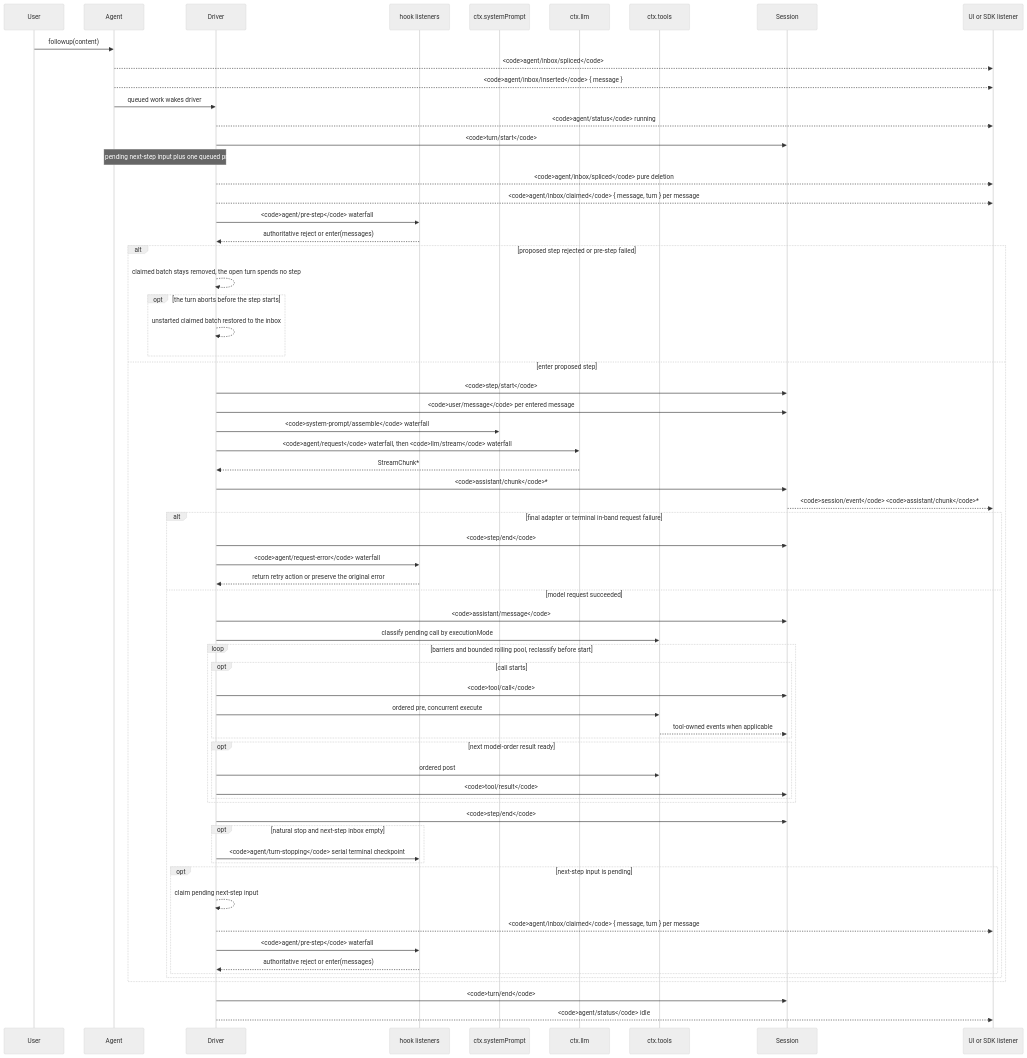
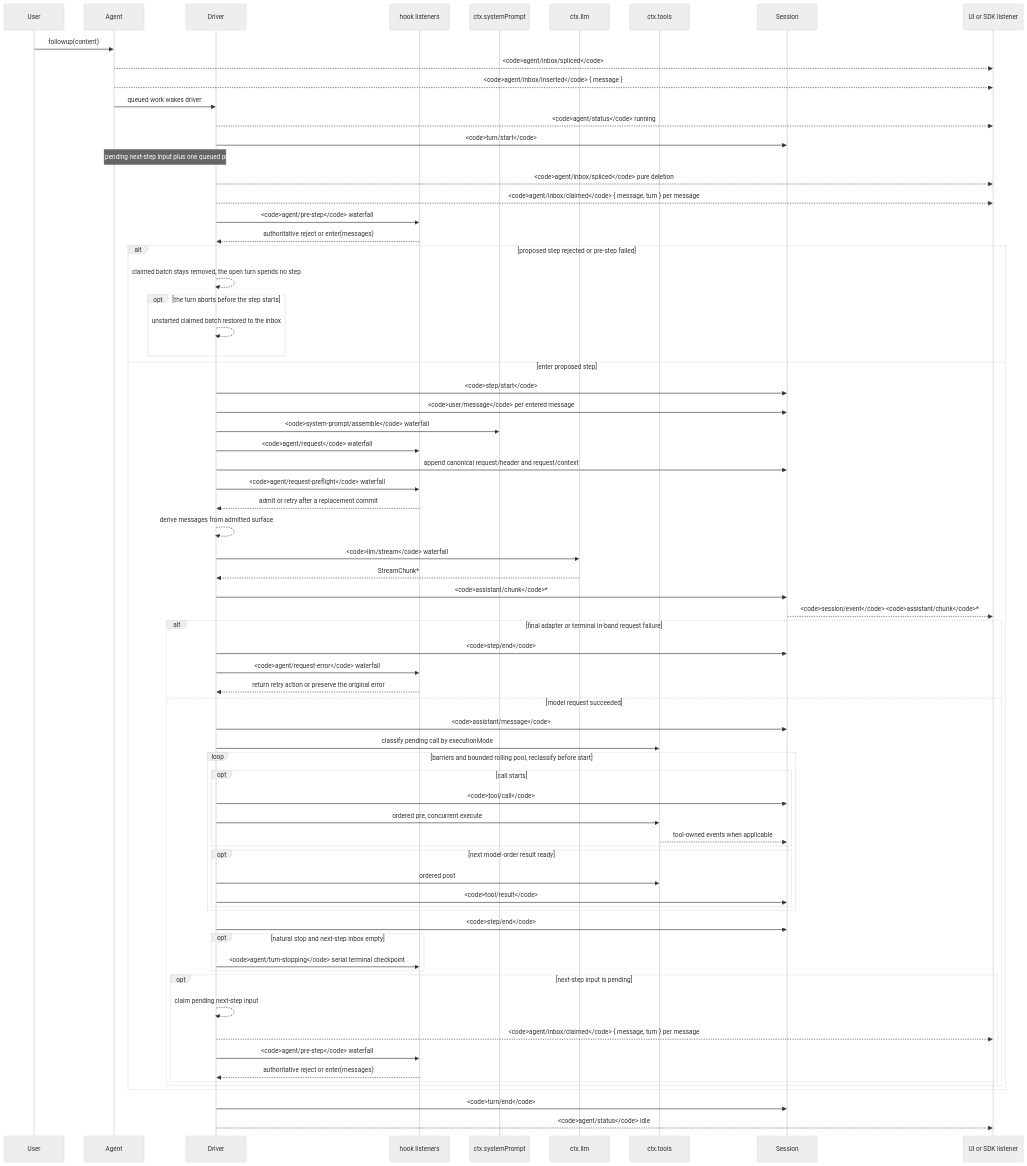
The diagram in docs/agent-lifecycle.md (Abaddollyon/deepseek-harness), drawn with Mermaid (neutral theme) before and after one commit. The commit also changed other lines of this file and 35 other files, not shown here.

Commit message:
docs(compaction): record canonical preflight admission

````diff
--- a/docs/agent-lifecycle.md
+++ b/docs/agent-lifecycle.md
@@ -8,68 +8,73 @@
 ```mermaid
 sequenceDiagram
   participant User
   participant Agent
   participant Driver
   participant Hooks as hook listeners
   participant Prompt as ctx.systemPrompt
   participant LLM as ctx.llm
   participant Tools as ctx.tools
   participant Session
   participant SDK as UI or SDK listener
   User->>Agent: followup(content)
   Agent-->>SDK: <code>agent/inbox/spliced</code>
   Agent-->>SDK: <code>agent/inbox/inserted</code> { message }
   Agent->>Driver: queued work wakes driver
   Driver-->>SDK: <code>agent/status</code> running
   Driver->>Session: <code>turn/start</code>
   Note over Agent,Driver: claim pending next-step input plus one queued prompt
   Driver-->>SDK: <code>agent/inbox/spliced</code> pure deletion
   Driver-->>SDK: <code>agent/inbox/claimed</code> { message, turn } per message
   Driver->>Hooks: <code>agent/pre-step</code> waterfall
   Hooks-->>Driver: authoritative reject or enter(messages)
   alt proposed step rejected or pre-step failed
     Driver-->>Driver: claimed batch stays removed, the open turn spends no step
     opt the turn aborts before the step starts
       Driver-->>Driver: unstarted claimed batch restored to the inbox
     end
   else enter proposed step
   Driver->>Session: <code>step/start</code>
   Driver->>Session: <code>user/message</code> per entered message
   Driver->>Prompt: <code>system-prompt/assemble</code> waterfall
-  Driver->>LLM: <code>agent/request</code> waterfall, then <code>llm/stream</code> waterfall
+  Driver->>Hooks: <code>agent/request</code> waterfall
+  Driver->>Session: append canonical request/header and request/context
+  Driver->>Hooks: <code>agent/request-preflight</code> waterfall
+  Hooks-->>Driver: admit or retry after a replacement commit
+  Driver-->>Driver: derive messages from admitted surface
+  Driver->>LLM: <code>llm/stream</code> waterfall
   LLM-->>Driver: StreamChunk*
   Driver->>Session: <code>assistant/chunk</code>*
   Session-->>SDK: <code>session/event</code> <code>assistant/chunk</code>*
   alt final adapter or terminal in-band request failure
     Driver->>Session: <code>step/end</code>
     Driver->>Hooks: <code>agent/request-error</code> waterfall
     Hooks-->>Driver: return retry action or preserve the original error
   else model request succeeded
   Driver->>Session: <code>assistant/message</code>
   Driver->>Tools: classify pending call by executionMode
   loop barriers and bounded rolling pool, reclassify before start
     opt call starts
       Driver->>Session: <code>tool/call</code>
       Driver->>Tools: ordered pre, concurrent execute
       Tools-->>Session: tool-owned events when applicable
     end
     opt next model-order result ready
       Driver->>Tools: ordered post
       Driver->>Session: <code>tool/result</code>
     end
   end
   Driver->>Session: <code>step/end</code>
   opt natural stop and next-step inbox empty
     Driver->>Hooks: <code>agent/turn-stopping</code> serial terminal checkpoint
   end
   opt next-step input is pending
     Driver-->>Driver: claim pending next-step input
     Driver-->>SDK: <code>agent/inbox/claimed</code> { message, turn } per message
     Driver->>Hooks: <code>agent/pre-step</code> waterfall
     Hooks-->>Driver: authoritative reject or enter(messages)
   end
   end
   end
   Driver->>Session: <code>turn/end</code>
   Driver-->>SDK: <code>agent/status</code> idle
 ```
````
